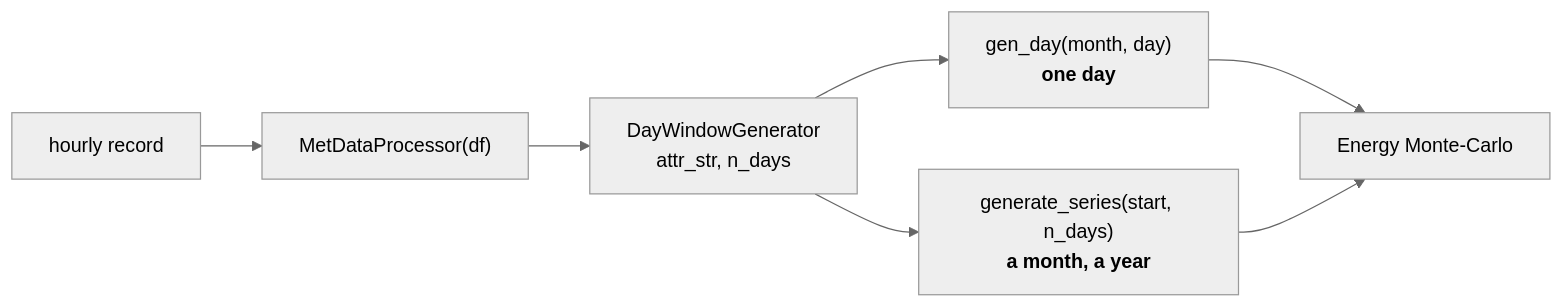
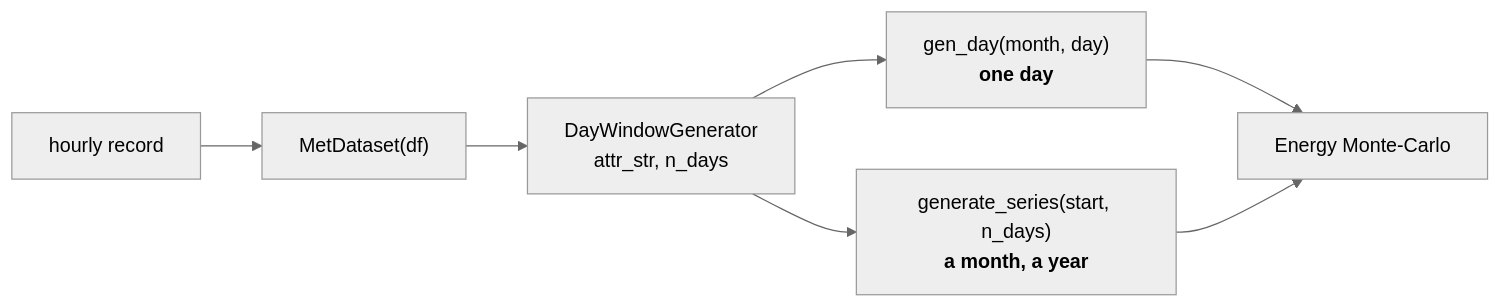
Before and after one commit to npapnet/meteosynth: the diagram in docs/source/quickstart.md, drawn with Mermaid (neutral theme). The commit also changed other lines of this file and 47 other files, not shown here.

````diff
--- a/docs/source/quickstart.md
+++ b/docs/source/quickstart.md
@@ -58,9 +58,9 @@
 ```{mermaid}
 flowchart LR
-    A[hourly record] --> B["MetDataProcessor(df)"]
+    A[hourly record] --> B["MetDataset(df)"]
     B --> C["DayWindowGenerator<br/>attr_str, n_days"]
     C --> D["gen_day(month, day)<br/><b>one day</b>"]
     C --> E["generate_series(start, n_days)<br/><b>a month, a year</b>"]
     D --> F[Energy Monte-Carlo]
     E --> F
 ```
````
